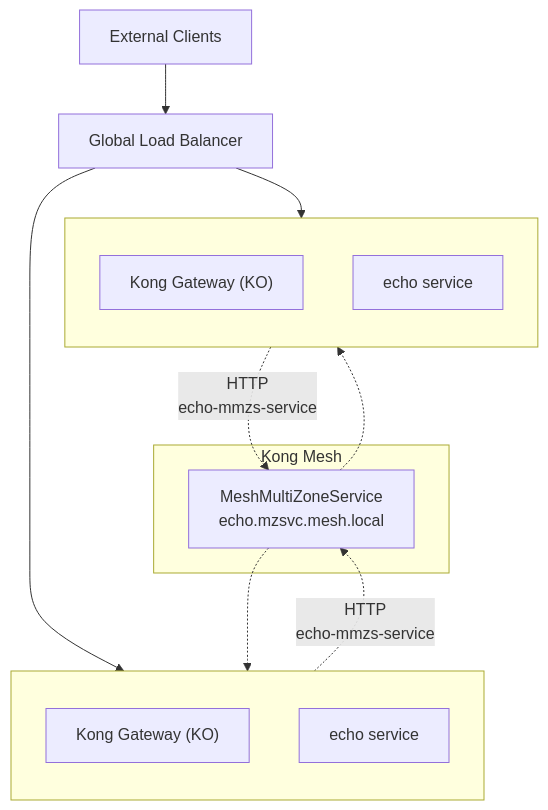
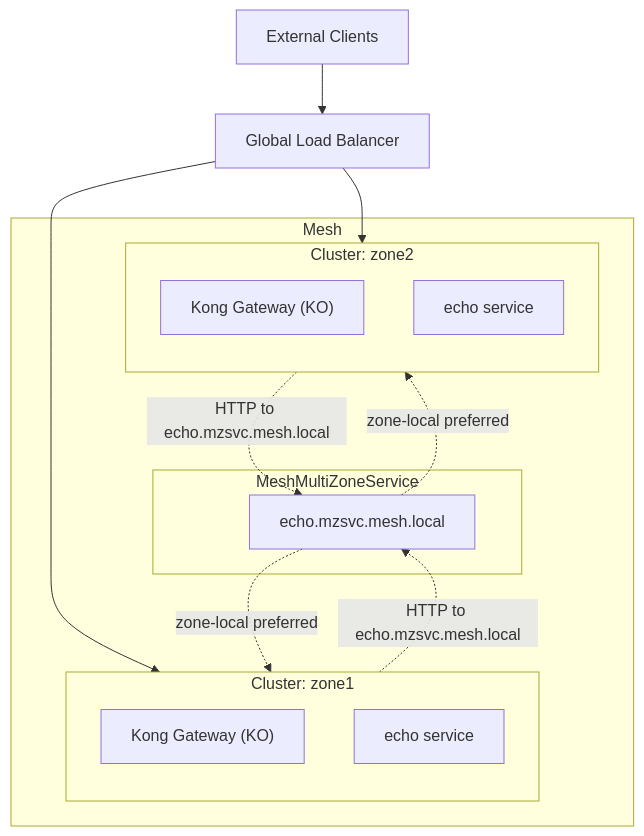
Before and after one commit to Kong/developer.konghq.com: the diagram in app/_how-tos/mesh-dr.md, drawn with Mermaid. The commit also changed other lines of this file, not shown here.

Commit message:
Implement feedback

```diff
--- a/app/_how-tos/mesh-dr.md
+++ b/app/_how-tos/mesh-dr.md
@@ -60,26 +60,42 @@
 {% mermaid %}
 ---
 config:
   layout: dagre
 ---
 flowchart TB
- subgraph Z1["</br>"]
+
+%% ========== Outer Mesh Box ==========
+subgraph MESHBOX["Mesh"]
+
+  %% Zone 1
+  subgraph Z1["Cluster: zone1"]
     direction TB
-        Z1KIC["Kong Gateway (KO)"]
-        Z1ECHO["echo service"]
+    Z1KIC["Kong Gateway (KO)"]
+    Z1ECHO["echo service"]
   end
- subgraph Z2["<br>"]
+
+  %% Zone 2
+  subgraph Z2["Cluster: zone2"]
     direction TB
-        Z2KIC["Kong Gateway (KO)"]
-        Z2ECHO["echo service"]
+    Z2KIC["Kong Gateway (KO)"]
+    Z2ECHO["echo service"]
   end
- subgraph MESH["Kong Mesh"]
-        MMS@{ label: "MeshMultiZoneService<br><div style=\"color:\"><span style=\"color:\">echo.mzsvc.mesh.local</span></div>" }
+
+  %% Kong Mesh Service
+  subgraph MESH["MeshMultiZoneService"]
+    MMS["echo.mzsvc.mesh.local"]
   end
-    EXT["External Clients"] --> GLB["Global Load Balancer"]
-    GLB --> Z1KIC & Z2KIC
-    Z1KIC -. "HTTP<br>echo-mmzs-service" .-> MMS
-    Z2KIC -. "HTTP<br>echo-mmzs-service" .-> MMS
-    MMS -. <br> .-> Z1ECHO & Z2ECHO
-    MMS@{ shape: rect}
+
+end
+
+%% External Traffic Flow
+EXT["External Clients"] --> GLB["Global Load Balancer"]
+GLB --> Z1KIC
+GLB --> Z2KIC
+
+Z1KIC -.->|HTTP to echo.mzsvc.mesh.local| MMS
+Z2KIC -.->|HTTP to echo.mzsvc.mesh.local| MMS
+
+MMS -.->|zone-local preferred| Z1ECHO
+MMS -.->|zone-local preferred| Z2ECHO
 {% endmermaid %}
```
